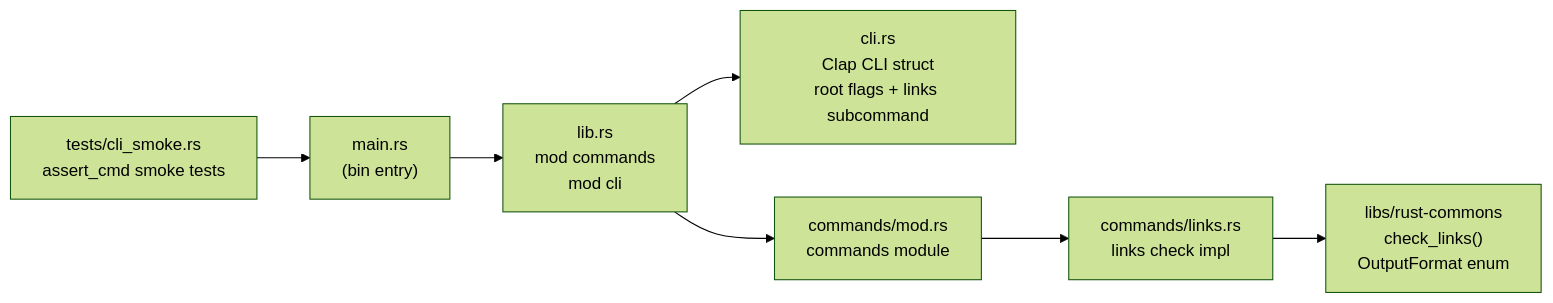
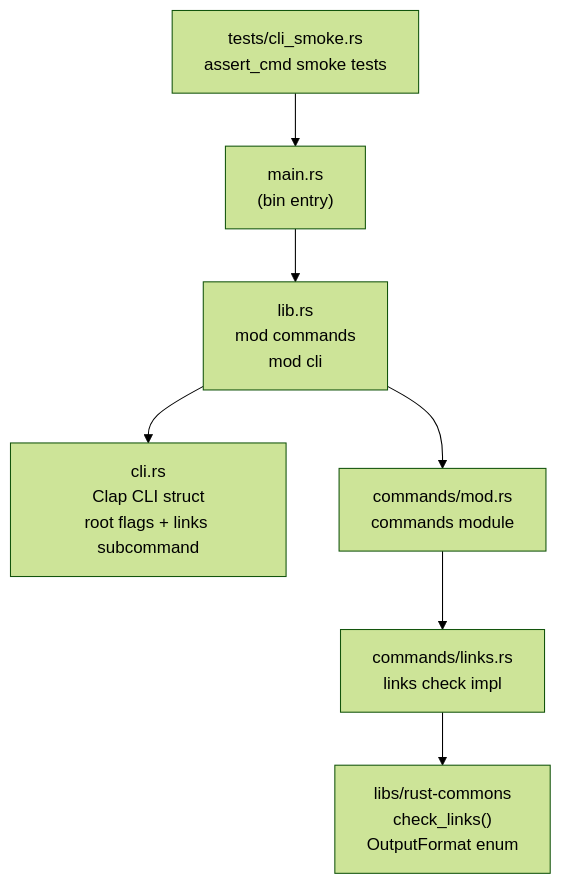
The diagram in plans/done/2026-05-25__ayokoding-cli-rust-migration/tech-docs.md (wahidyankf/baseerah), drawn with Mermaid (forest theme) before and after one commit. The commit also changed 11 other files, not shown here.

First line of the commit message:
docs: fix over-wide and over-long mermaid diagrams repo-wide (D-CLEAN)

````diff
--- a/plans/done/2026-05-25__ayokoding-cli-rust-migration/tech-docs.md
+++ b/plans/done/2026-05-25__ayokoding-cli-rust-migration/tech-docs.md
@@ -9,9 +9,9 @@
 ```mermaid
-flowchart LR
+flowchart TD
     A["main.rs\n(bin entry)"] --> B["lib.rs\nmod commands\nmod cli"]
     B --> C["cli.rs\nClap CLI struct\nroot flags + links subcommand"]
     B --> D["commands/mod.rs\ncommands module"]
     D --> E["commands/links.rs\nlinks check impl"]
     E --> F["libs/rust-commons\ncheck_links()\nOutputFormat enum"]
     G["tests/cli_smoke.rs\nassert_cmd smoke tests"] --> A
 ```
````
